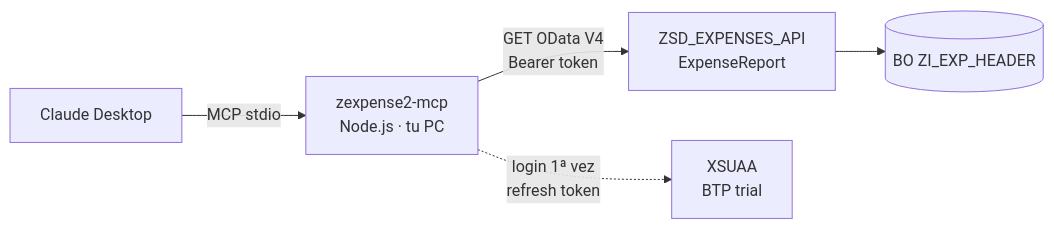
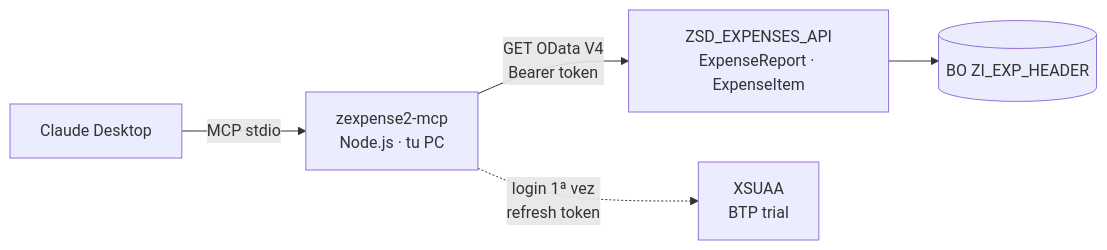
The diagram in MCP/README.md (robergit88/ClaudeOutputs), drawn with Mermaid before and after one commit. The commit also changed other lines of this file and 2 other files, not shown here.

Commit message:
Joule Studio · Aprendizajes del día y escenarios de práctica

````diff
--- a/MCP/README.md
+++ b/MCP/README.md
@@ -5,7 +5,7 @@
 ```mermaid
 flowchart LR
     A[Claude Desktop] -->|MCP stdio| B[zexpense2-mcp<br/>Node.js · tu PC]
-    B -->|GET OData V4<br/>Bearer token| C[ZSD_EXPENSES_API<br/>ExpenseReport]
+    B -->|GET OData V4<br/>Bearer token| C[ZSD_EXPENSES_API<br/>ExpenseReport · ExpenseItem]
     B -.->|login 1ª vez<br/>refresh token| D[XSUAA<br/>BTP trial]
     C --> E[(BO ZI_EXP_HEADER)]
 ```
````
